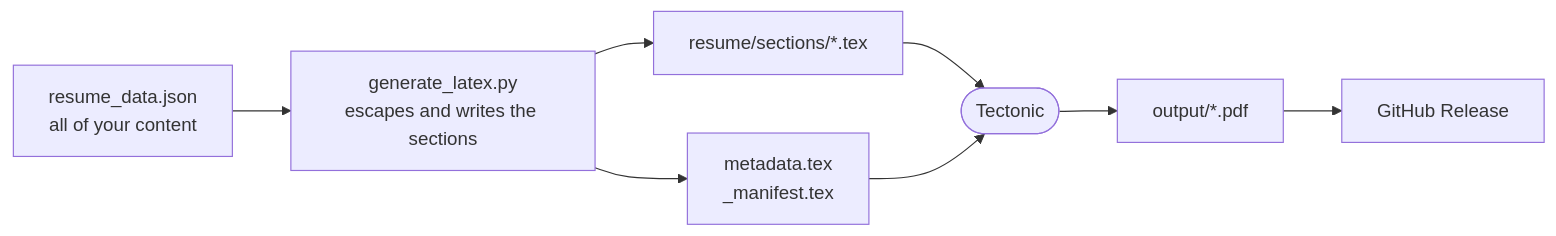
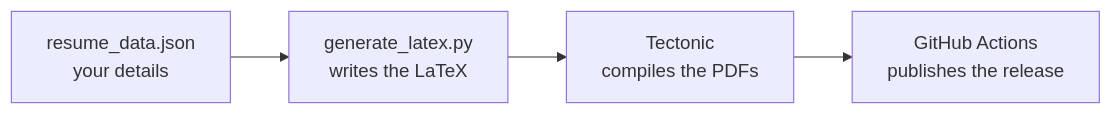
The diagram in README.md (Amey-Thakur/RESUME-TEMPLATE), drawn with Mermaid before and after one commit. The commit also changed other lines of this file and 10 other files, not shown here.

````diff
--- a/README.md
+++ b/README.md
@@ -49,10 +114,6 @@
 ```mermaid
 flowchart LR
-    A["resume_data.json<br>all of your content"] --> B["generate_latex.py<br>escapes and writes the sections"]
-    B --> C["resume/sections/*.tex"]
-    B --> D["metadata.tex<br>_manifest.tex"]
-    C --> E(["Tectonic"])
-    D --> E
-    E --> F["output/*.pdf"]
-    F --> G["GitHub Release"]
+    A["resume_data.json<br>your details"] --> B["generate_latex.py<br>writes the LaTeX"]
+    B --> C["Tectonic<br>compiles the PDFs"]
+    C --> D["GitHub Actions<br>publishes the release"]
 ```
````
